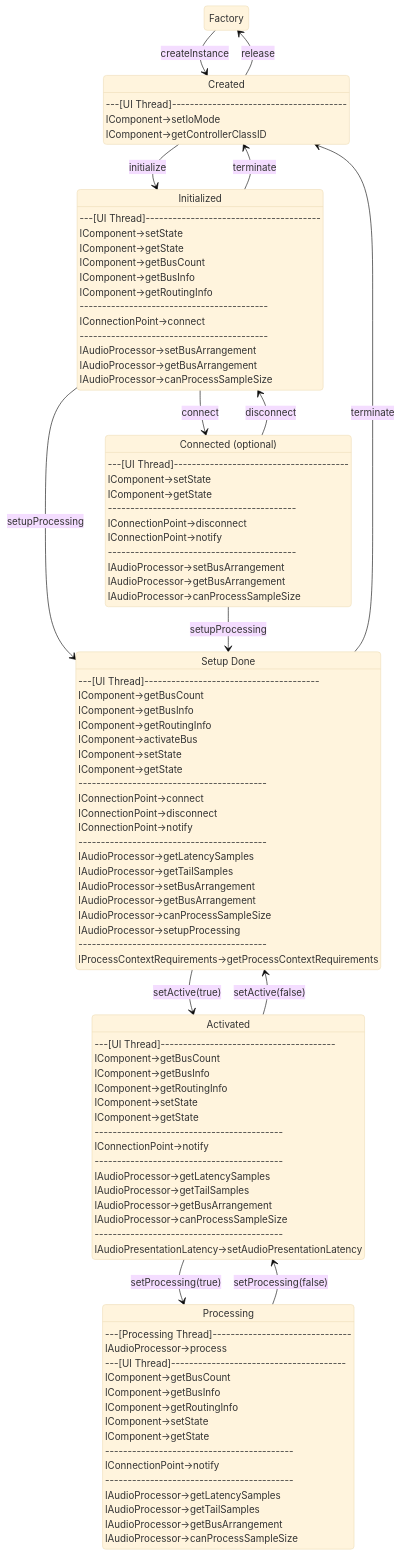
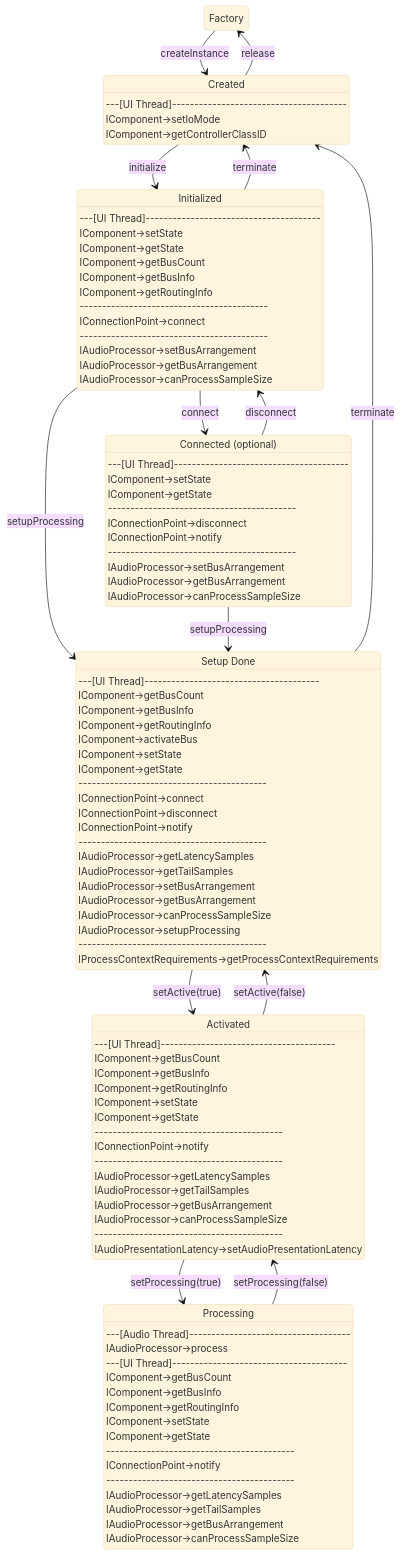
One commit to isaichavez19-maker/vst3_dev_portal changed the diagram in src/pages/Technical+Documentation/Workflow+Diagrams/Audio+Processor+Call+Sequence.md. Above: the diagram before and after it, drawn with Mermaid (base theme). The commit also changed other lines of this file and 5 other files, not shown here.

```diff
--- a/src/pages/Technical+Documentation/Workflow+Diagrams/Audio+Processor+Call+Sequence.md
+++ b/src/pages/Technical+Documentation/Workflow+Diagrams/Audio+Processor+Call+Sequence.md
@@ -85,7 +85,7 @@
 State4: ------------------------------------------
 State4: IAudioPresentationLatency->setAudioPresentationLatency
 
-State5: ---[Processing Thread]-------------------------------
+State5: ---[Audio Thread]------------------------------------
 State5: IAudioProcessor->process
 State5: ---[UI Thread]---------------------------------------
 State5: IComponent->getBusCount
```
